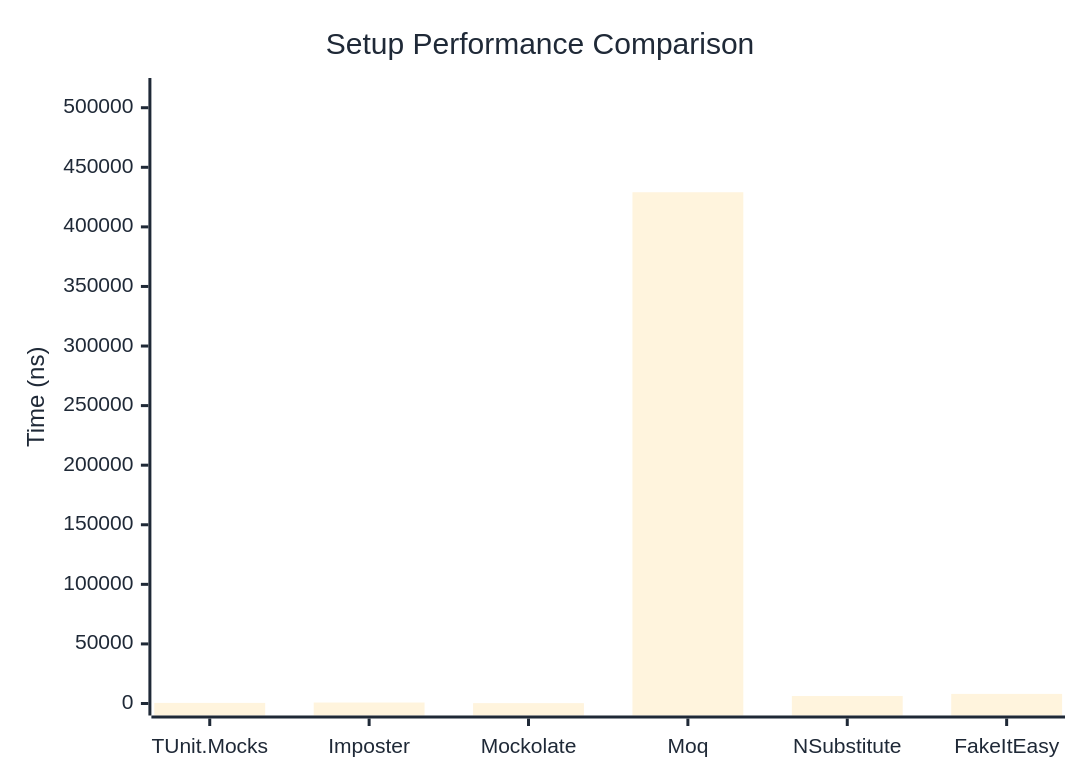
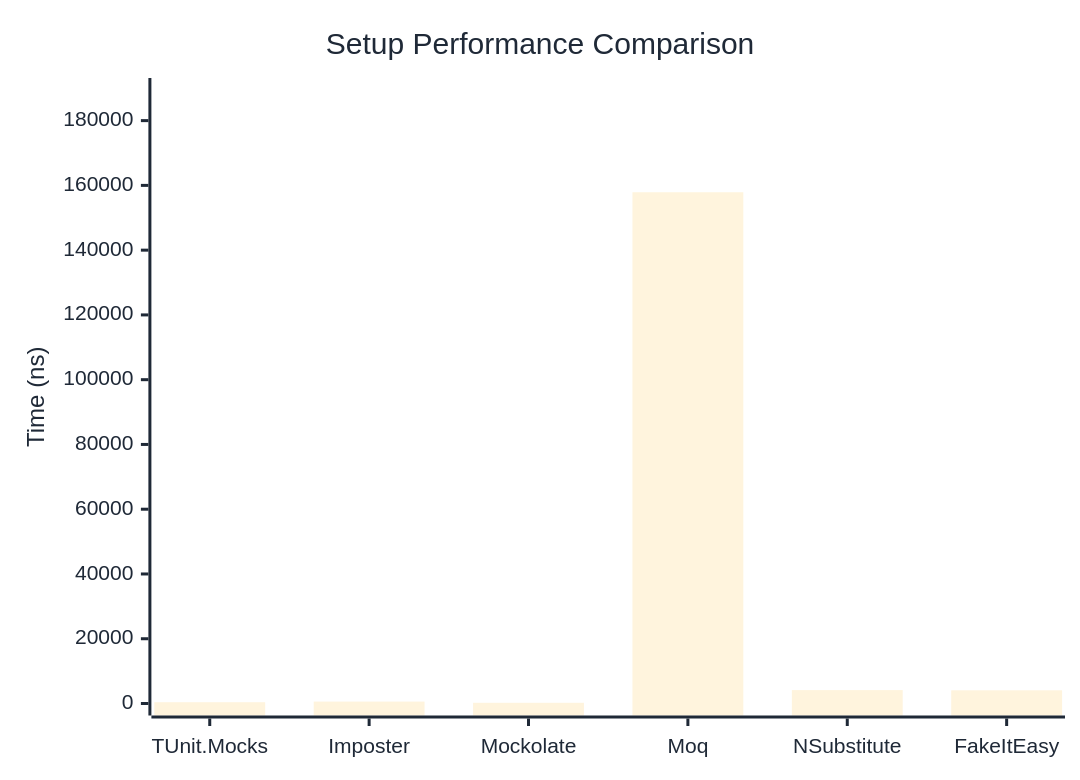
One commit to thomhurst/TUnit changed the first of 2 diagrams in docs/docs/benchmarks/mocks/Setup.md. Above: the diagram before and after it, drawn with Mermaid. The commit also changed other lines of this file and 14 other files, not shown here.

````diff
--- a/docs/docs/benchmarks/mocks/Setup.md
+++ b/docs/docs/benchmarks/mocks/Setup.md
@@ -30,27 +30,27 @@
 ```mermaid
 %%{init: {
   'theme':'base',
   'themeVariables': {
     'primaryColor': '#2563eb',
     'primaryTextColor': '#1f2937',
     'primaryBorderColor': '#1e40af',
     'lineColor': '#6b7280',
     'secondaryColor': '#7c3aed',
     'tertiaryColor': '#dc2626',
     'background': '#ffffff',
     'pie1': '#2563eb',
     'pie2': '#7c3aed',
     'pie3': '#dc2626',
     'pie4': '#f59e0b',
     'pie5': '#10b981',
     'pie6': '#06b6d4',
     'pie7': '#ec4899',
     'pie8': '#6366f1'
   }
 }}%%
 xychart-beta
   title "Setup Performance Comparison"
   x-axis ["TUnit.Mocks", "Imposter", "Mockolate", "Moq", "NSubstitute", "FakeItEasy"]
-  y-axis "Time (ns)" 0 --> 514872
-  bar [511, 814.2, 298.4, 429060, 6277.7, 8045.4]
+  y-axis "Time (ns)" 0 --> 189457
+  bar [399.5, 592.4, 223.1, 157880.1, 4136.6, 4074.3]
 ```
````
